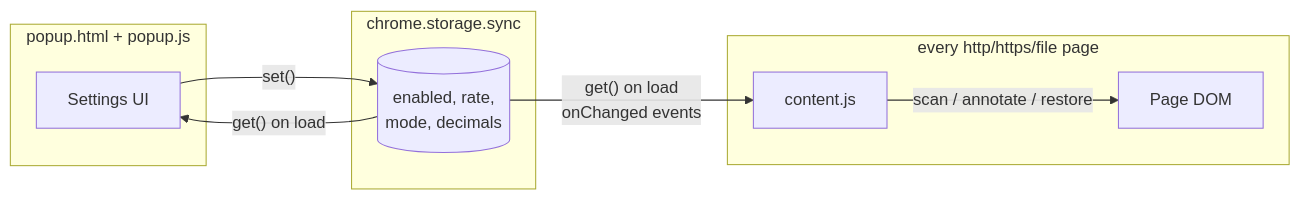
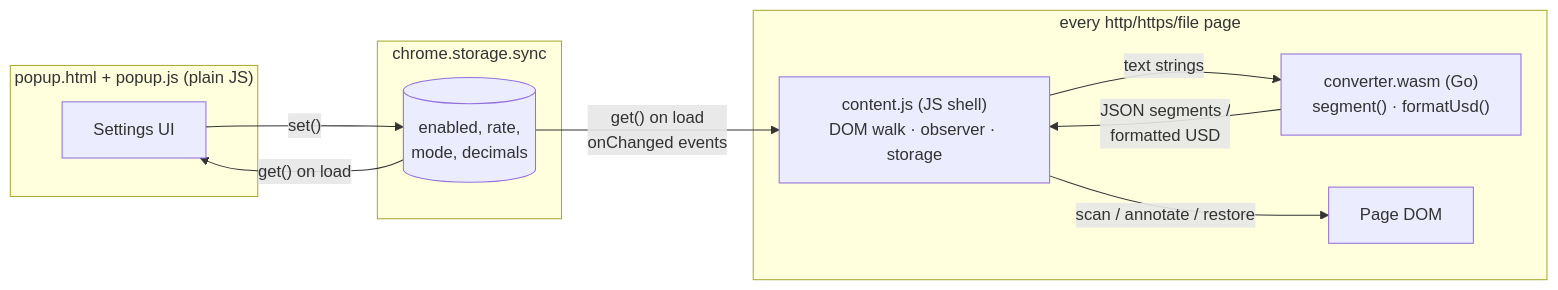
The diagram in docs/ARCHITECTURE.md (zenoWZH/pricing_plugin), drawn with Mermaid before and after one commit. The commit also changed other lines of this file and 9 other files, not shown here.

````diff
--- a/docs/ARCHITECTURE.md
+++ b/docs/ARCHITECTURE.md
@@ -8,17 +9,20 @@
 ```mermaid
 flowchart LR
-    subgraph popup["popup.html + popup.js"]
+    subgraph popup["popup.html + popup.js (plain JS)"]
         UI[Settings UI]
     end
     subgraph storage["chrome.storage.sync"]
         S[(enabled, rate,\nmode, decimals)]
     end
     subgraph page["every http/https/file page"]
-        CS[content.js]
+        CS["content.js (JS shell)\nDOM walk · observer · storage"]
+        W["converter.wasm (Go)\nsegment() · formatUsd()"]
         DOM[Page DOM]
     end
     UI -- "set()" --> S
     S -- "get() on load" --> UI
     S -- "get() on load\nonChanged events" --> CS
+    CS -- "text strings" --> W
+    W -- "JSON segments /\nformatted USD" --> CS
     CS -- "scan / annotate / restore" --> DOM
 ```
````
